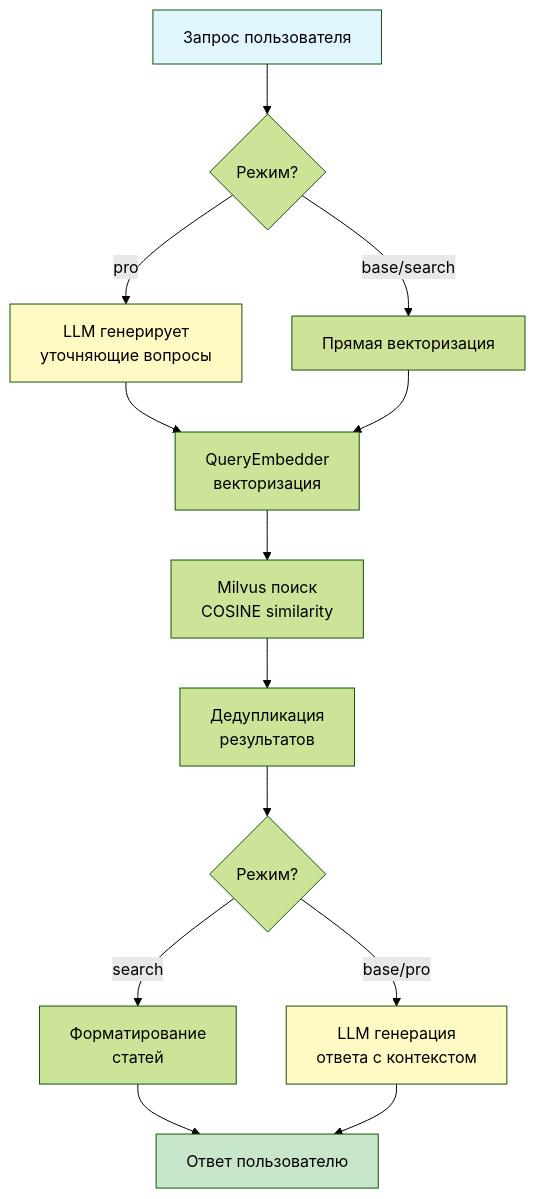
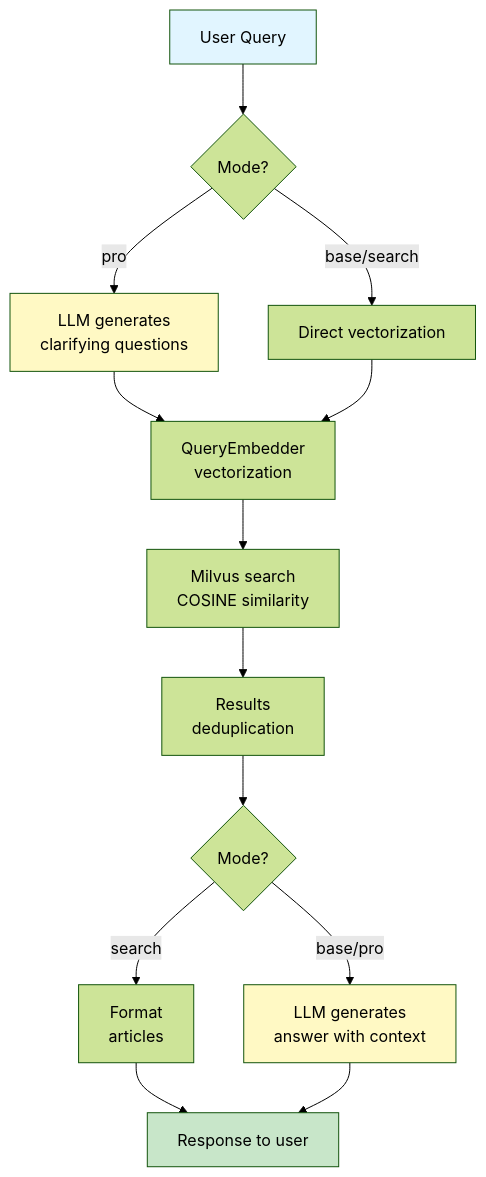
One commit to Hanbiike/law-rag-system changed the first of 2 diagrams in README.md. Above: the diagram before and after it, drawn with Mermaid (forest theme). The commit also changed other lines of this file and 2 other files, not shown here.

````diff
--- a/README.md
+++ b/README.md
@@ -205,20 +207,20 @@
 ```mermaid
 flowchart TD
-    A[Запрос пользователя] --> B{Режим?}
-    B -->|pro| C[LLM генерирует<br/>уточняющие вопросы]
-    B -->|base/search| D[Прямая векторизация]
-    C --> E[QueryEmbedder<br/>векторизация]
+    A[User Query] --> B{Mode?}
+    B -->|pro| C[LLM generates<br/>clarifying questions]
+    B -->|base/search| D[Direct vectorization]
+    C --> E[QueryEmbedder<br/>vectorization]
     D --> E
-    E --> F[Milvus поиск<br/>COSINE similarity]
-    F --> G[Дедупликация<br/>результатов]
-    G --> H{Режим?}
-    H -->|search| I[Форматирование<br/>статей]
-    H -->|base/pro| J[LLM генерация<br/>ответа с контекстом]
-    I --> K[Ответ пользователю]
+    E --> F[Milvus search<br/>COSINE similarity]
+    F --> G[Results<br/>deduplication]
+    G --> H{Mode?}
+    H -->|search| I[Format<br/>articles]
+    H -->|base/pro| J[LLM generates<br/>answer with context]
+    I --> K[Response to user]
     J --> K
     
     style A fill:#e1f5ff
     style K fill:#c8e6c9
     style C fill:#fff9c4
     style J fill:#fff9c4
 ```
````
